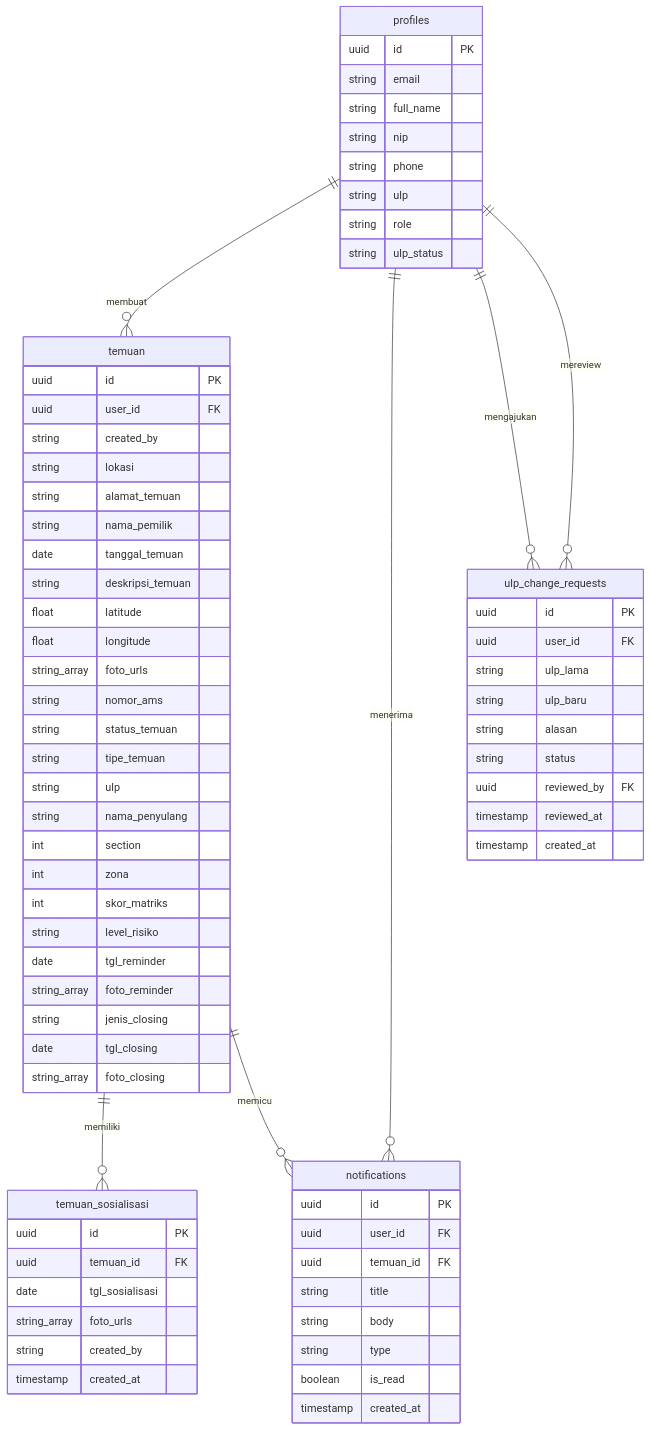
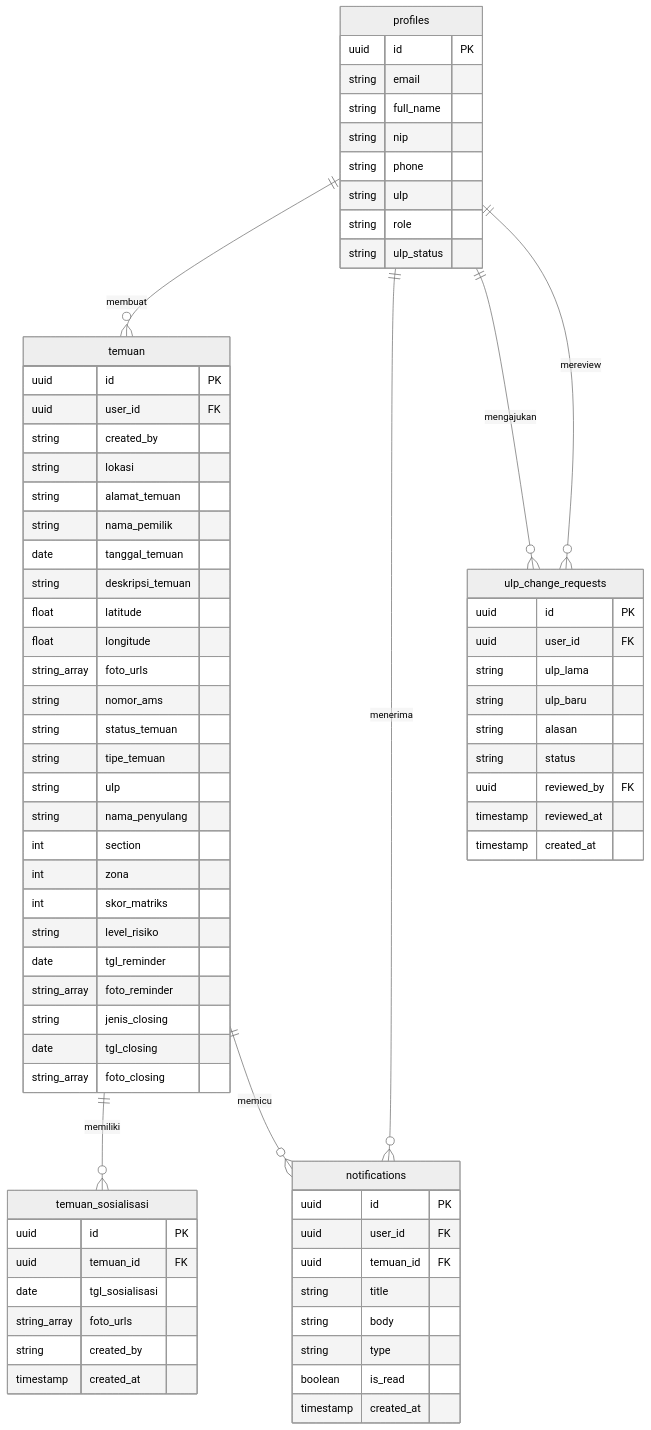
One commit to aarif29/elsafe changed the ninth of 10 diagrams in docs/skripsi/diagram-uml.md. Above: the diagram before and after it, drawn with Mermaid. The commit also changed other lines of this file and 59 other files, not shown here.

First line of the commit message:
docs: perbarui diagram UML, output graphify, dan konfigurasi tool

````diff
--- a/docs/skripsi/diagram-uml.md
+++ b/docs/skripsi/diagram-uml.md
@@ -603,80 +501,81 @@
 ```mermaid
+%%{init: {'theme': 'neutral'}}%%
 erDiagram
   profiles {
     uuid id PK
     string email
     string full_name
     string nip
     string phone
     string ulp
     string role
     string ulp_status
   }
 
   temuan {
     uuid id PK
     uuid user_id FK
     string created_by
     string lokasi
     string alamat_temuan
     string nama_pemilik
     date tanggal_temuan
     string deskripsi_temuan
     float latitude
     float longitude
     string_array foto_urls
     string nomor_ams
     string status_temuan
     string tipe_temuan
     string ulp
     string nama_penyulang
     int section
     int zona
     int skor_matriks
     string level_risiko
     date tgl_reminder
     string_array foto_reminder
     string jenis_closing
     date tgl_closing
     string_array foto_closing
   }
 
   temuan_sosialisasi {
     uuid id PK
     uuid temuan_id FK
     date tgl_sosialisasi
     string_array foto_urls
     string created_by
     timestamp created_at
   }
 
   notifications {
     uuid id PK
     uuid user_id FK
     uuid temuan_id FK
     string title
     string body
     string type
     boolean is_read
     timestamp created_at
   }
 
   ulp_change_requests {
     uuid id PK
     uuid user_id FK
     string ulp_lama
     string ulp_baru
     string alasan
     string status
     uuid reviewed_by FK
     timestamp reviewed_at
     timestamp created_at
   }
 
   profiles ||--o{ temuan : membuat
   profiles ||--o{ notifications : menerima
   profiles ||--o{ ulp_change_requests : mengajukan
   profiles ||--o{ ulp_change_requests : mereview
   temuan ||--o{ temuan_sosialisasi : memiliki
   temuan ||--o{ notifications : memicu
 ```
````
